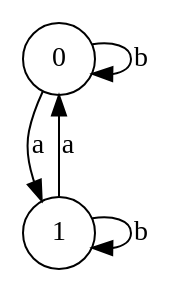
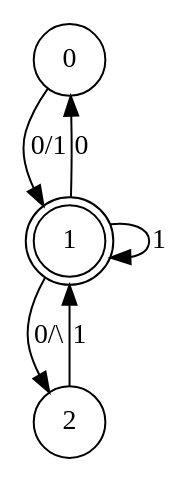
The diagram in files/af3.dot (kshmir/tla-2012), drawn with Graphviz before and after one commit. The commit also changed 19 other files, not shown here.

```diff
--- a/files/af3.dot
+++ b/files/af3.dot
@@ -1,10 +1,12 @@
 digraph{
 //Nodos
 node[shape=circle] Node0 [label="0"];
-node[shape=circle] Node1 [label="1"];
+node[shape=doublecircle] Node1 [label="1"];
+node[shape=circle] Node2 [label="2"];
 //Transiciones
-Node0->Node1 [label="a"];
-Node1->Node0 [label="a"];
-Node0->Node0 [label="b"];
-Node1->Node1 [label="b"];
+Node0->Node1 [label="0/1"];
+Node1->Node0 [label="0"];
+Node1->Node1 [label="1"];
+Node1->Node2 [label="0/\\"];
+Node2->Node1 [label="1"];
 }
```
